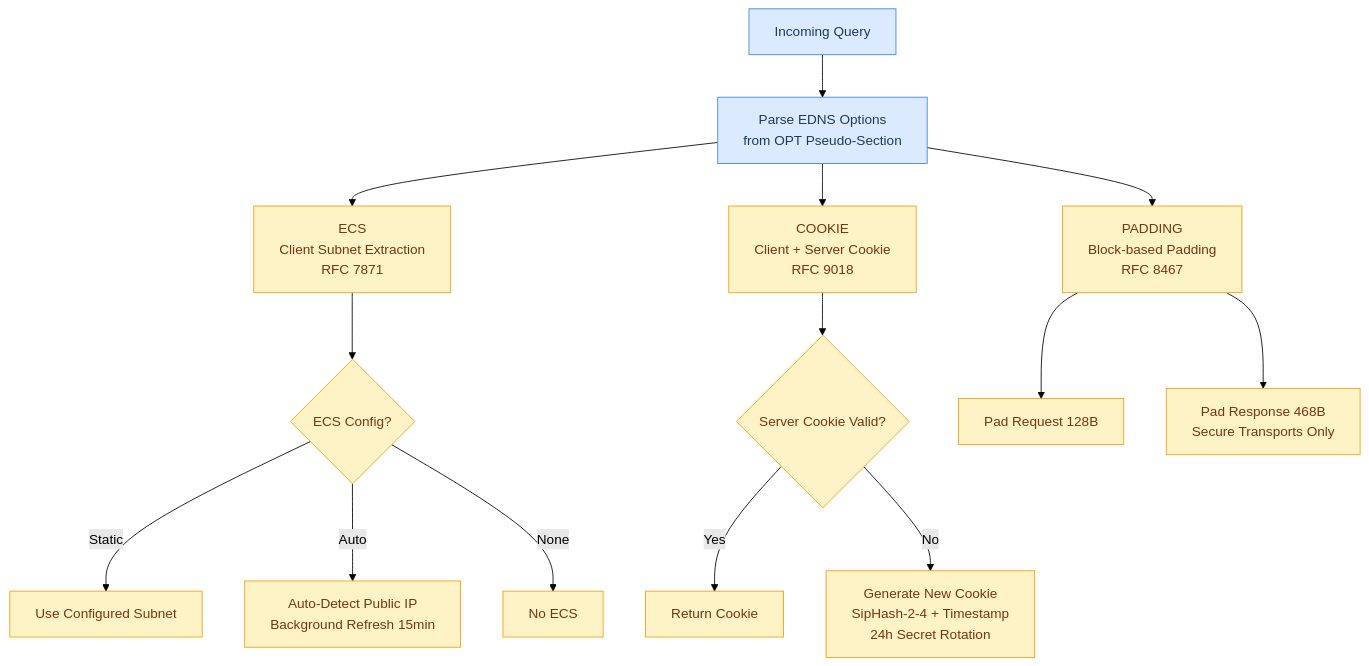
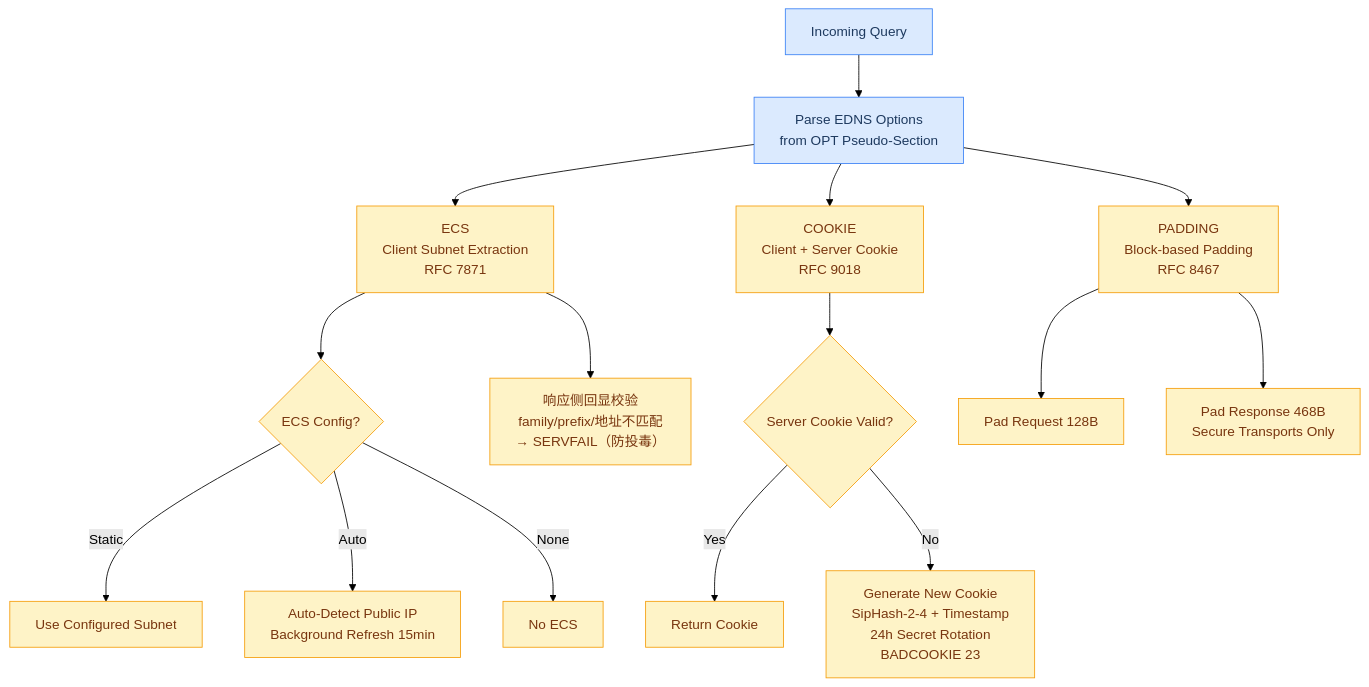
One commit to hezhijie0327/ZJDNS changed diagram 11 of 30 in docs/FLOWCHARTS.md. Above: the diagram before and after it, drawn with Mermaid (forest theme). The commit also changed other lines of this file and 8 other files, not shown here.

````diff
--- a/docs/FLOWCHARTS.md
+++ b/docs/FLOWCHARTS.md
@@ -182,20 +295,21 @@
 ```mermaid
 graph TD
     Q[Incoming Query] --> PARSE[Parse EDNS Options<br/>from OPT Pseudo-Section]
     PARSE --> ECS[ECS<br/>Client Subnet Extraction<br/>RFC 7871]
     PARSE --> COOKIE[COOKIE<br/>Client + Server Cookie<br/>RFC 9018]
     PARSE --> PADDING[PADDING<br/>Block-based Padding<br/>RFC 8467]
     ECS --> ECSDB{ECS Config?}
     ECSDB -->|Static| USESTATIC[Use Configured Subnet]
     ECSDB -->|Auto| USEAUTO[Auto-Detect Public IP<br/>Background Refresh 15min]
     ECSDB -->|None| NOECS[No ECS]
     COOKIE --> CKVALID{Server Cookie Valid?}
     CKVALID -->|Yes| CKSERVE[Return Cookie]
-    CKVALID -->|No| CKGEN[Generate New Cookie<br/>SipHash-2-4 + Timestamp<br/>24h Secret Rotation]
+    CKVALID -->|No| CKGEN[Generate New Cookie<br/>SipHash-2-4 + Timestamp<br/>24h Secret Rotation<br/>BADCOOKIE 23]
     PADDING --> PADREQ[Pad Request 128B]
     PADDING --> PADRESP[Pad Response 468B<br/>Secure Transports Only]
+    ECS --> ECSVER[响应侧回显校验<br/>family/prefix/地址不匹配<br/>→ SERVFAIL（防投毒）]
     classDef start fill:#dbeafe,stroke:#3b82f6,color:#1e3a5f
     classDef proc fill:#fef3c7,stroke:#f59e0b,color:#78350f
     class Q,PARSE start
-    class ECS,COOKIE,PADDING,ECSDB,CKVALID,CKGEN,CKSERVE,PADREQ,PADRESP,USESTATIC,USEAUTO,NOECS proc
+    class ECS,COOKIE,PADDING,ECSDB,CKVALID,CKGEN,CKSERVE,PADREQ,PADRESP,USESTATIC,USEAUTO,NOECS,ECSVER proc
 ```
````
